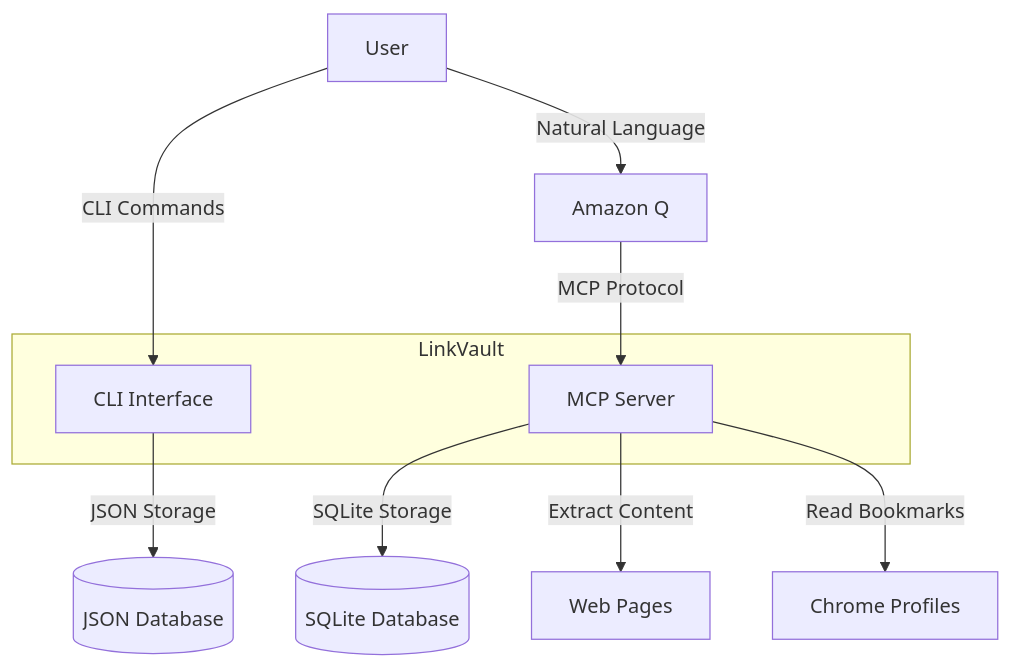
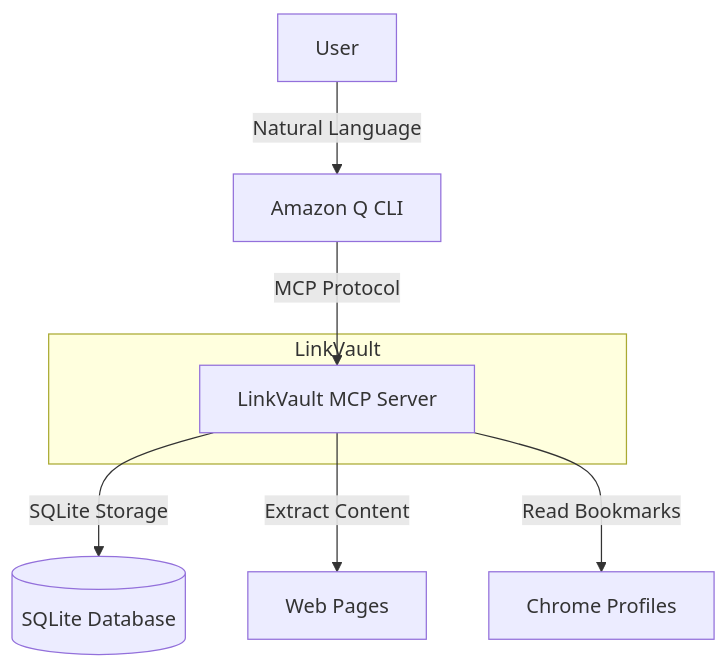
One commit to labeveryday/linkvault-mcp-server changed the first of 3 diagrams in README.md. Above: the diagram before and after it, drawn with Mermaid. The commit also changed other lines of this file, not shown here.

Commit message:
Update README to focus on MCP integration with Amazon Q CLI

````diff
--- a/README.md
+++ b/README.md
@@ -30,15 +57,12 @@
 ```mermaid
 graph TD
-    User[User] -->|CLI Commands| CLI[CLI Interface]
-    User -->|Natural Language| AQ[Amazon Q]
-    AQ -->|MCP Protocol| MCP[MCP Server]
-    CLI -->|JSON Storage| JSON[(JSON Database)]
+    User[User] -->|Natural Language| AQ[Amazon Q CLI]
+    AQ -->|MCP Protocol| MCP[LinkVault MCP Server]
     MCP -->|SQLite Storage| SQL[(SQLite Database)]
     MCP -->|Extract Content| Web[Web Pages]
     MCP -->|Read Bookmarks| Chrome[Chrome Profiles]
     
     subgraph LinkVault
-        CLI
         MCP
     end
 ```
````
